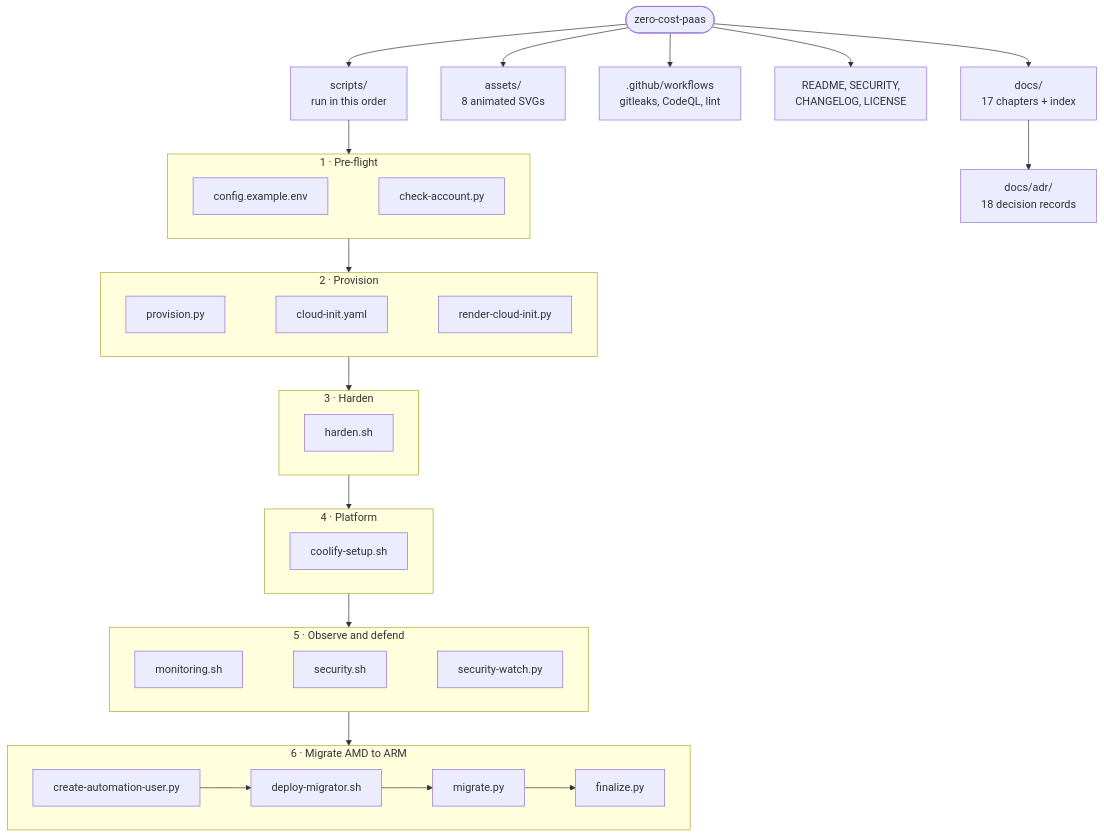
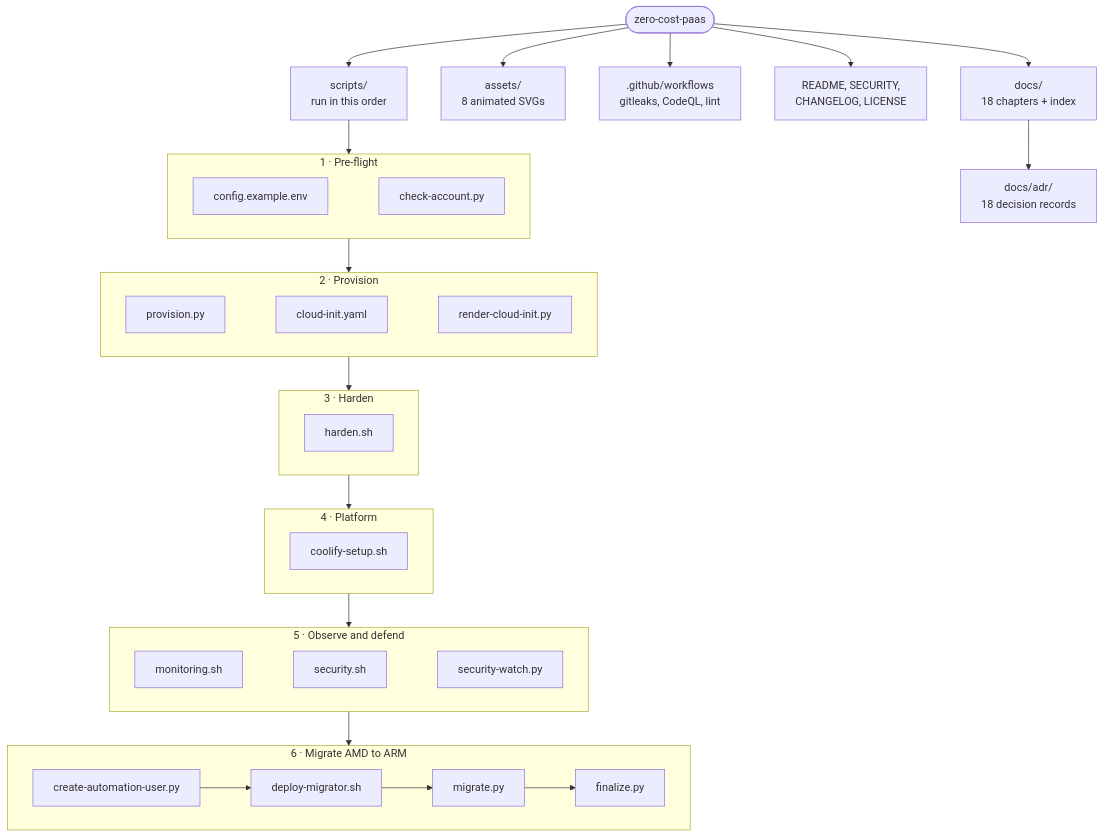
The second of 2 diagrams in README.md (855princekumar/zero-cost-paas), drawn with Mermaid before and after one commit. The commit also changed other lines of this file and 4 other files, not shown here.

````diff
--- a/README.md
+++ b/README.md
@@ -230,34 +231,34 @@
 ```mermaid
 flowchart TB
     root(["zero-cost-paas"])
-    root --> docs["docs/<br/>17 chapters + index"] & assets["assets/<br/>8 animated SVGs"] & ci[".github/workflows<br/>gitleaks, CodeQL, lint"] & meta["README, SECURITY,<br/>CHANGELOG, LICENSE"]
+    root --> docs["docs/<br/>18 chapters + index"] & assets["assets/<br/>8 animated SVGs"] & ci[".github/workflows<br/>gitleaks, CodeQL, lint"] & meta["README, SECURITY,<br/>CHANGELOG, LICENSE"]
     docs --> adr["docs/adr/<br/>18 decision records"]
     root --> scripts["scripts/<br/>run in this order"]
 
     subgraph p1["1 · Pre-flight"]
         direction LR
         cfg["config.example.env"] ~~~ chk["check-account.py"]
     end
     subgraph p2["2 · Provision"]
         direction LR
         prov["provision.py"] ~~~ cinit["cloud-init.yaml"] ~~~ rci["render-cloud-init.py"]
     end
     subgraph p3["3 · Harden"]
         direction LR
         hard["harden.sh"]
     end
     subgraph p4["4 · Platform"]
         direction LR
         cool["coolify-setup.sh"]
     end
     subgraph p5["5 · Observe and defend"]
         direction LR
         mon["monitoring.sh"] ~~~ sec["security.sh"] ~~~ sw["security-watch.py"]
     end
     subgraph p6["6 · Migrate AMD to ARM"]
         direction LR
         iam["create-automation-user.py"] --> dep["deploy-migrator.sh"] --> mig["migrate.py"] --> fin["finalize.py"]
     end
 
     scripts --> p1 --> p2 --> p3 --> p4 --> p5 --> p6
 ```
````
